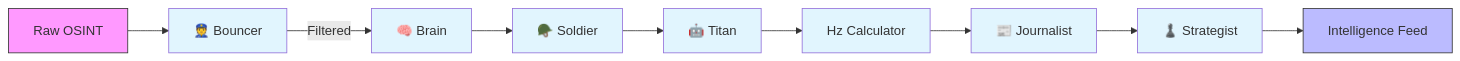
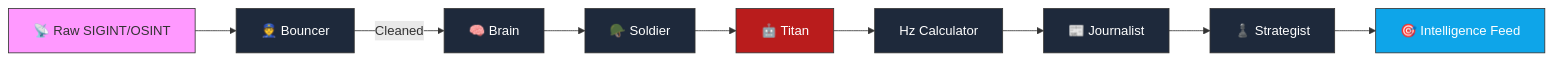
Before and after one commit to Osint-tracker/impact-atlas: the diagram in README.md, drawn with Mermaid. The commit also changed other lines of this file and 1 other file, not shown here.

````diff
--- a/README.md
+++ b/README.md
@@ -22,21 +38,21 @@
 ```mermaid
 graph LR
-    Input[Raw OSINT] --> Bouncer[👮 Bouncer]
-    Bouncer -->|Filtered| Brain[🧠 Brain]
+    Input[📡 Raw SIGINT/OSINT] --> Bouncer[👮 Bouncer]
+    Bouncer -->|Cleaned| Brain[🧠 Brain]
     Brain --> Soldier[🪖 Soldier]
     Soldier --> Titan[🤖 Titan]
     Titan --> Calculator[Hz Calculator]
     Calculator --> Journalist[📰 Journalist]
     Journalist --> Strategist[♟️ Strategist]
-    Strategist --> Output[Intelligence Feed]
+    Strategist --> Output[🎯 Intelligence Feed]
     
     style Input fill:#f9f,stroke:#333
-    style Output fill:#bbf,stroke:#333
-    style Bouncer fill:#e1f5fe
-    style Brain fill:#e1f5fe
-    style Soldier fill:#e1f5fe
-    style Titan fill:#e1f5fe
-    style Calculator fill:#e1f5fe
-    style Journalist fill:#e1f5fe
-    style Strategist fill:#e1f5fe
+    style Output fill:#0ea5e9,stroke:#333,color:#fff
+    style Bouncer fill:#1e293b,stroke:#333,color:#fff
+    style Brain fill:#1e293b,stroke:#333,color:#fff
+    style Soldier fill:#1e293b,stroke:#333,color:#fff
+    style Titan fill:#b91c1c,stroke:#333,color:#fff
+    style Calculator fill:#1e293b,stroke:#333,color:#fff
+    style Journalist fill:#1e293b,stroke:#333,color:#fff
+    style Strategist fill:#1e293b,stroke:#333,color:#fff
 ```
````
